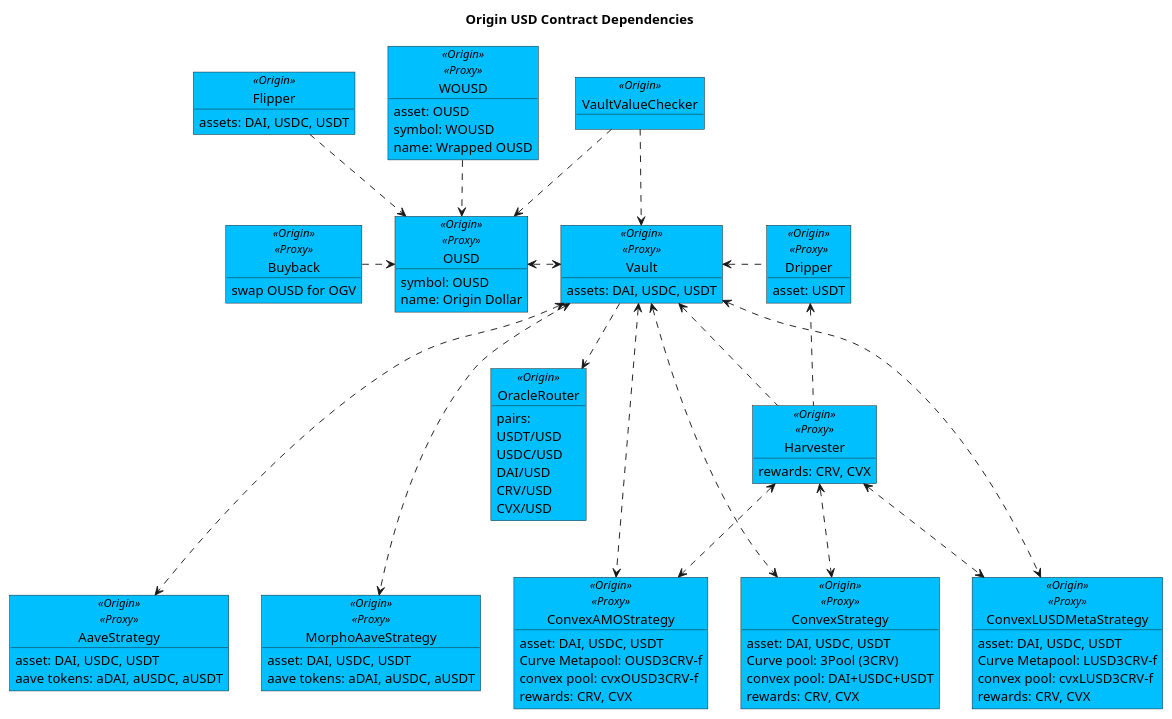
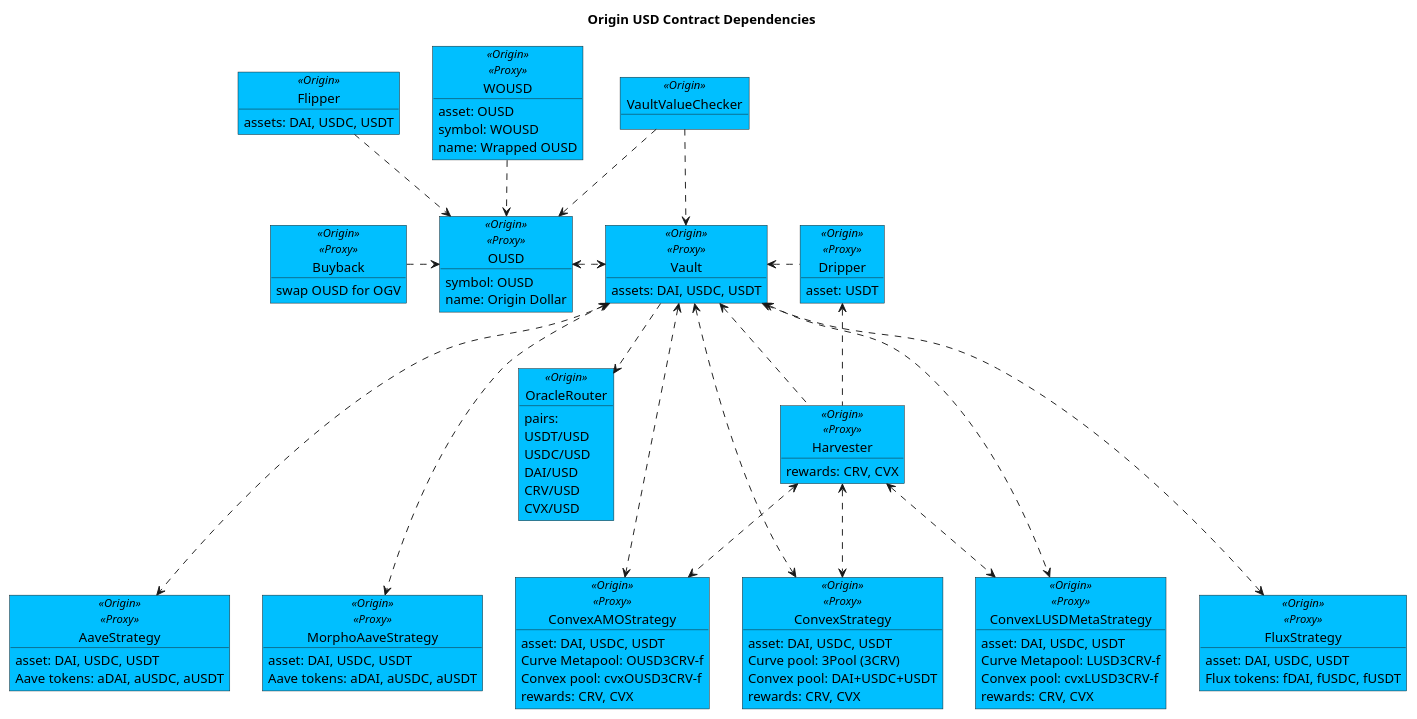
Before and after one commit to OriginProtocol/origin-dollar: the diagram in contracts/docs/plantuml/ousdContracts.puml, drawn with PlantUML. The commit also changed 1 other file, not shown here.

Commit message:
Added Flux contract to OUSD contracts

```diff
--- a/contracts/docs/plantuml/ousdContracts.puml
+++ b/contracts/docs/plantuml/ousdContracts.puml
@@ -1,119 +1,125 @@
 @startuml
 
 title "Origin USD Contract Dependencies"
 
 object "Dripper" as drip <<Origin>><<Proxy>> #DeepSkyBlue {
     asset: USDT
 }
 
 object "VaultValueChecker" as checker <<Origin>> #DeepSkyBlue {
 }
 
 object "WOUSD" as wousd <<Origin>><<Proxy>> #DeepSkyBlue {
     asset: OUSD
     symbol: WOUSD
     name: Wrapped OUSD
 }
 
 object "Flipper" as flipper <<Origin>> #DeepSkyBlue {
     assets: DAI, USDC, USDT
 }
 
 object "OUSD" as ousd <<Origin>><<Proxy>> #DeepSkyBlue {
     symbol: OUSD
     name: Origin Dollar
 }
 
 object "Vault" as vault <<Origin>><<Proxy>> #DeepSkyBlue {
     assets: DAI, USDC, USDT  
 }
 
 object "Harvester" as harv <<Origin>><<Proxy>> #DeepSkyBlue {
     rewards: CRV, CVX
 }
 
 object "Buyback" as buy <<Origin>><<Proxy>> #DeepSkyBlue {
 swap OUSD for OGV
 }
 
 ' Strategies
 object "AaveStrategy" as aaveStrat <<Origin>><<Proxy>> #DeepSkyBlue {
     asset: DAI, USDC, USDT
-    aave tokens: aDAI, aUSDC, aUSDT
+    Aave tokens: aDAI, aUSDC, aUSDT
     ' rewards: AAVE
 }
 ' object "CompoundStrategy" as compStrat <<Origin>><<Proxy>> #DeepSkyBlue {
 '     asset: DAI, USDC, USDT
 '     compound tokens: cDAI, cUSDC, cUSDT
     ' rewards: COMP
 ' }
 object "ConvexStrategy" as cvxStrat <<Origin>><<Proxy>> #DeepSkyBlue {
     asset: DAI, USDC, USDT
     Curve pool: 3Pool (3CRV)
-    convex pool: DAI+USDC+USDT
+    Convex pool: DAI+USDC+USDT
     rewards: CRV, CVX
 }
 object "ConvexAMOStrategy" as amoStrat <<Origin>><<Proxy>> #DeepSkyBlue {
     asset: DAI, USDC, USDT
     Curve Metapool: OUSD3CRV-f
-    convex pool: cvxOUSD3CRV-f
+    Convex pool: cvxOUSD3CRV-f
     rewards: CRV, CVX
 }
 object "ConvexLUSDMetaStrategy" as cxvLusdStrat <<Origin>><<Proxy>> #DeepSkyBlue {
     asset: DAI, USDC, USDT
     Curve Metapool: LUSD3CRV-f
-    convex pool: cvxLUSD3CRV-f
+    Convex pool: cvxLUSD3CRV-f
     rewards: CRV, CVX
 }
 ' object "MorphoCompoundStrategy" as morphCompStrat <<Origin>><<Proxy>> #DeepSkyBlue {
 '     asset: DAI, USDC, USDT
 '     compound tokens: cDAI, cUSDC, cUSDT
     ' rewards: COMP
 ' }
 object "MorphoAaveStrategy" as morphAaveStrat <<Origin>><<Proxy>> #DeepSkyBlue {
     asset: DAI, USDC, USDT
-    aave tokens: aDAI, aUSDC, aUSDT
+    Aave tokens: aDAI, aUSDC, aUSDT
     ' rewards: AAVE
+}
+
+object "FluxStrategy" as fluxStrat <<Origin>><<Proxy>> #DeepSkyBlue {
+    asset: DAI, USDC, USDT
+    Flux tokens: fDAI, fUSDC, fUSDT
 }
 
 ' Oracle
 object "OracleRouter" as oracle <<Origin>> #DeepSkyBlue {
 pairs:
     USDT/USD
     USDC/USD
     DAI/USD
     CRV/USD
     CVX/USD 
 }
 
 vault <. drip
 
 checker ..> ousd
 checker ..> vault
 
 flipper ..> ousd
 
 vault <.. harv 
 
 wousd ..> ousd
 ousd <.> vault
 vault ..> oracle
 
 buy .> ousd
 
 ' Strategies
 vault <...> aaveStrat
 ' vault <...> compStrat
 vault <...> cvxStrat
 vault <...> amoStrat
 vault <...> cxvLusdStrat
 ' vault <...> morphCompStrat
 vault <...> morphAaveStrat
+vault <...> fluxStrat
 
 drip <.. harv
 harv <..> cvxStrat
 harv <..> amoStrat
 harv <..> cxvLusdStrat
 
 
 @enduml
```
